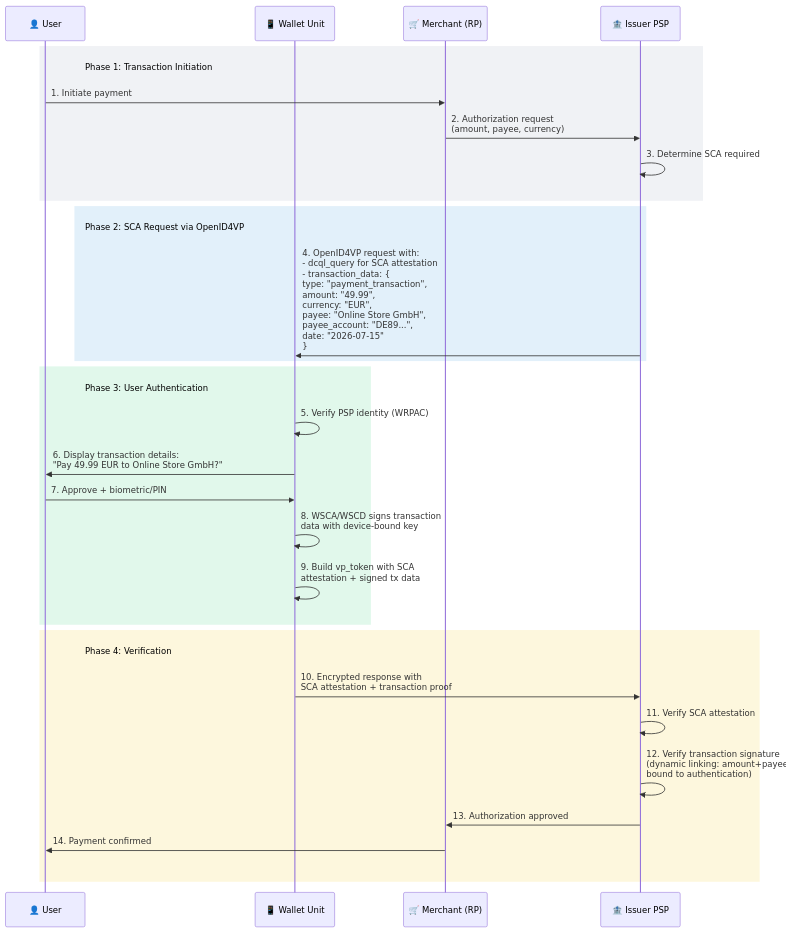
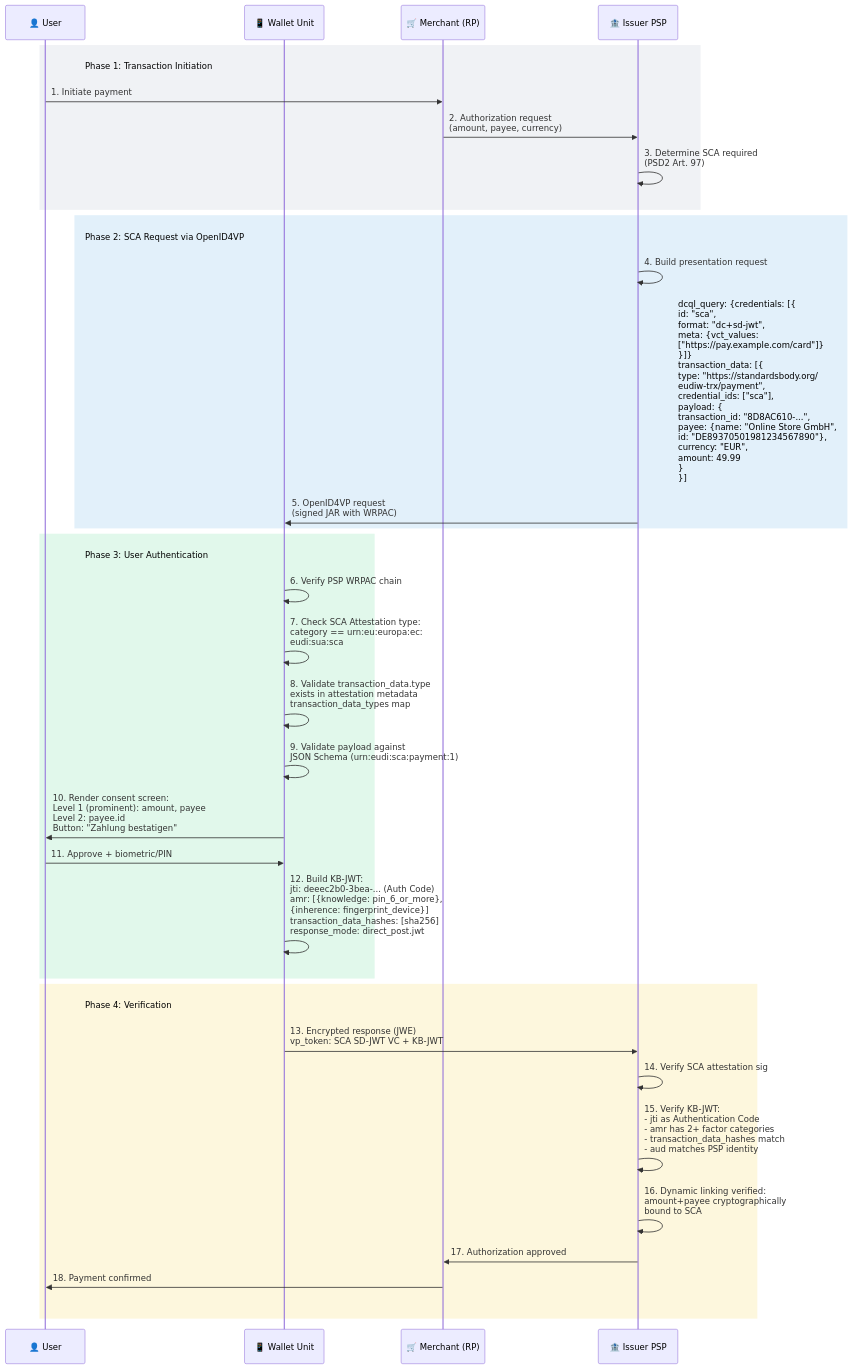
Diagram 11 of 18 in papers/DR-0002/DR-0002-eudi-wallet-relying-party-integration.md (ivanstambuk/deep-research), drawn with Mermaid before and after one commit. The commit also changed other lines of this file, not shown here.

````diff
--- a/papers/DR-0002/DR-0002-eudi-wallet-relying-party-integration.md
+++ b/papers/DR-0002/DR-0002-eudi-wallet-relying-party-integration.md
@@ -1664,48 +1782,53 @@
 ```mermaid
 ---
 config:
   themeVariables:
     noteBkgColor: "transparent"
     noteBorderColor: "transparent"
   sequence:
     messageAlign: left
     noteAlign: left
     actorMargin: 130
 ---
 sequenceDiagram
     participant User as 👤 User
     participant WU as 📱 Wallet Unit
     participant Merchant as 🛒 Merchant (RP)
     participant PSP as 🏦 Issuer PSP
 
     rect rgba(148, 163, 184, 0.14)
     Note right of User: Phase 1: Transaction Initiation
     User->>Merchant: 1. Initiate payment
     Merchant->>PSP: 2. Authorization request<br/>(amount, payee, currency)
-    PSP->>PSP: 3. Determine SCA required
+    PSP->>PSP: 3. Determine SCA required<br/>(PSD2 Art. 97)
     end
 
     rect rgba(52, 152, 219, 0.14)
     Note right of User: Phase 2: SCA Request via OpenID4VP
-    PSP->>WU: 4. OpenID4VP request with:<br/>- dcql_query for SCA attestation<br/>- transaction_data: {<br/>    type: "payment_transaction",<br/>    amount: "49.99",<br/>    currency: "EUR",<br/>    payee: "Online Store GmbH",<br/>    payee_account: "DE89...",<br/>    date: "2026-07-15"<br/>  }
+    PSP->>PSP: 4. Build presentation request
+    Note right of PSP: dcql_query: {credentials: [{<br/>  id: "sca",<br/>  format: "dc+sd-jwt",<br/>  meta: {vct_values:<br/>    ["https://pay.example.com/card"]}<br/>}]}<br/>transaction_data: [{<br/>  type: "https://standardsbody.org/<br/>    eudiw-trx/payment",<br/>  credential_ids: ["sca"],<br/>  payload: {<br/>    transaction_id: "8D8AC610-...",<br/>    payee: {name: "Online Store GmbH",<br/>      id: "DE89370501981234567890"},<br/>    currency: "EUR",<br/>    amount: 49.99<br/>  }<br/>}]
+    PSP->>WU: 5. OpenID4VP request<br/>(signed JAR with WRPAC)
     end
 
     rect rgba(46, 204, 113, 0.14)
     Note right of User: Phase 3: User Authentication
-    WU->>WU: 5. Verify PSP identity (WRPAC)
-    WU->>User: 6. Display transaction details:<br/>"Pay 49.99 EUR to Online Store GmbH?"
-    User->>WU: 7. Approve + biometric/PIN
-    WU->>WU: 8. WSCA/WSCD signs transaction<br/>data with device-bound key
-    WU->>WU: 9. Build vp_token with SCA<br/>attestation + signed tx data
+    WU->>WU: 6. Verify PSP WRPAC chain
+    WU->>WU: 7. Check SCA Attestation type:<br/>category == urn:eu:europa:ec:<br/>eudi:sua:sca
+    WU->>WU: 8. Validate transaction_data.type<br/>exists in attestation metadata<br/>transaction_data_types map
+    WU->>WU: 9. Validate payload against<br/>JSON Schema (urn:eudi:sca:payment:1)
+    WU->>User: 10. Render consent screen:<br/>Level 1 (prominent): amount, payee<br/>Level 2: payee.id<br/>Button: "Zahlung bestatigen"
+    User->>WU: 11. Approve + biometric/PIN
+    WU->>WU: 12. Build KB-JWT:<br/>jti: deeec2b0-3bea-... (Auth Code)<br/>amr: [{knowledge: pin_6_or_more},<br/>  {inherence: fingerprint_device}]<br/>transaction_data_hashes: [sha256]<br/>response_mode: direct_post.jwt
     end
 
     rect rgba(241, 196, 15, 0.14)
     Note right of User: Phase 4: Verification
-    WU->>PSP: 10. Encrypted response with<br/>SCA attestation + transaction proof
-    PSP->>PSP: 11. Verify SCA attestation
-    PSP->>PSP: 12. Verify transaction signature<br/>(dynamic linking: amount+payee<br/>bound to authentication)
-    PSP->>Merchant: 13. Authorization approved
-    Merchant->>User: 14. Payment confirmed
+    WU->>PSP: 13. Encrypted response (JWE)<br/>vp_token: SCA SD-JWT VC + KB-JWT
+    PSP->>PSP: 14. Verify SCA attestation sig
+    PSP->>PSP: 15. Verify KB-JWT:<br/>- jti as Authentication Code<br/>- amr has 2+ factor categories<br/>- transaction_data_hashes match<br/>- aud matches PSP identity
+    PSP->>PSP: 16. Dynamic linking verified:<br/>amount+payee cryptographically<br/>bound to SCA
+    PSP->>Merchant: 17. Authorization approved
+    Merchant->>User: 18. Payment confirmed
     Note right of PSP: ⠀
     end
 ```
````
